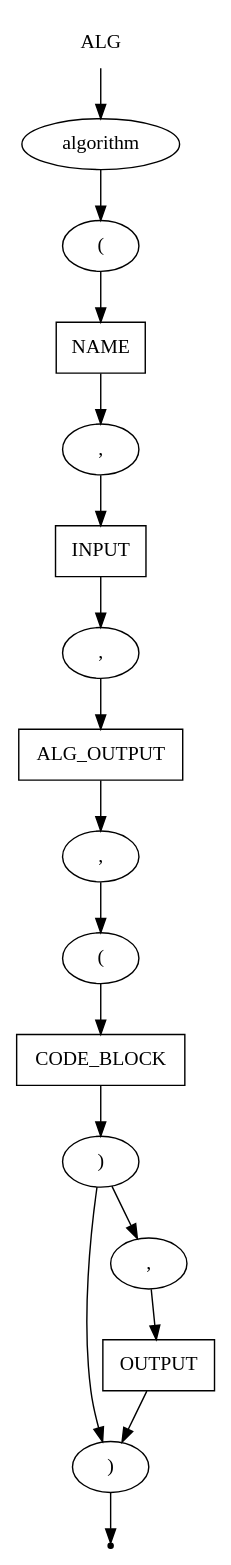
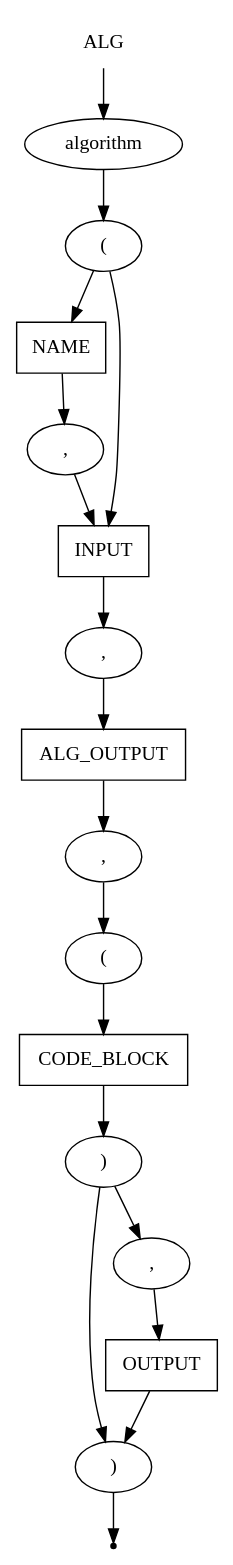
Before and after one commit to mshnschnko/ProMa: the diagram in src/CodeParser/grammar/alg.gv, drawn with Graphviz.

Commit message:
opt name for alg

```diff
--- a/src/CodeParser/grammar/alg.gv
+++ b/src/CodeParser/grammar/alg.gv
@@ -1,35 +1,36 @@
 digraph ALG {
     start [label=ALG shape=plaintext]
     algorithm [label=algorithm shape=oval]
     br_open [label="(" shape=oval]
     br_close [label=")" shape=oval]
     cb_open [label="(" shape=oval]
     cb_close [label=")" shape=oval]
     name [label=NAME shape=box]
     comma_1 [label="," shape=oval]
     comma_2 [label="," shape=oval]
     comma_3 [label="," shape=oval]
     comma_4 [label="," shape=oval]
     input [label=INPUT shape=box]
     alg_output [label=ALG_OUTPUT shape=box]
     code_block [label=CODE_BLOCK shape=box]
     output [label=OUTPUT shape=box]
     end [label="" shape=point]
 
     start -> algorithm
     algorithm -> br_open
     br_open -> name
+    br_open -> input
     name -> comma_1
     comma_1 -> input
     input -> comma_2
     comma_2 -> alg_output
     alg_output -> comma_3
     comma_3 -> cb_open
     cb_open -> code_block
     code_block -> cb_close
     cb_close -> comma_4
     cb_close -> br_close
     comma_4 -> output
     output -> br_close
     br_close -> end
 }
```
